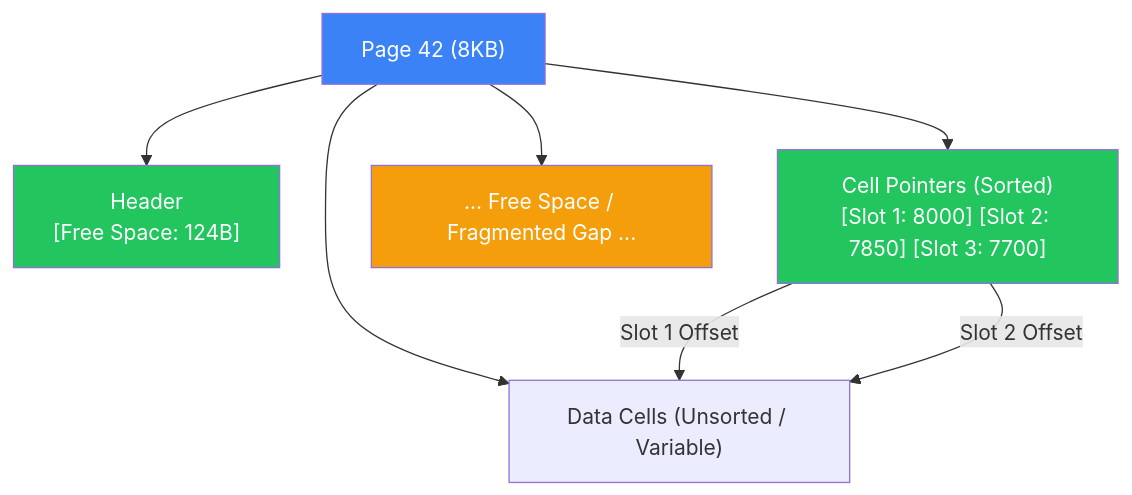
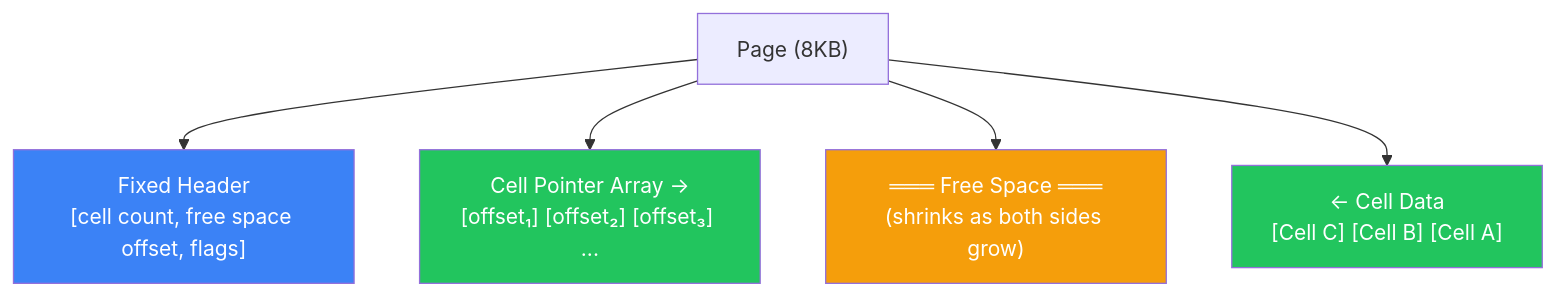
Before and after one commit to Patel-Neel-346/Notes: the third of 7 diagrams in Database/Database Internal Book version/1-Storage Engine/Chapter-3 File Formats/FileFormat.md, drawn with Mermaid. The commit also changed other lines of this file and 2 other files, not shown here.

````diff
--- a/Database/Database Internal Book version/1-Storage Engine/Chapter-3 File Formats/FileFormat.md
+++ b/Database/Database Internal Book version/1-Storage Engine/Chapter-3 File Formats/FileFormat.md
@@ -44,15 +169,12 @@
 ```mermaid
 flowchart TD
-    P["Page 42 (8KB)"] --> H["Header\n[Free Space: 124B]"]
-    P --> Ptrs["Cell Pointers (Sorted)\n[Slot 1: 8000] [Slot 2: 7850] [Slot 3: 7700]"]
-    P --> Gap["... Free Space / Fragmented Gap ..."]
-    P --> Data["Data Cells (Unsorted / Variable)"]
+    Page["Page (8KB)"] --> Header["Fixed Header\n[cell count, free space offset, flags]"]
+    Page --> Pointers["Cell Pointer Array →\n[offset₁] [offset₂] [offset₃] ..."]
+    Page --> Free["═══ Free Space ═══\n(shrinks as both sides grow)"]
+    Page --> Cells["← Cell Data\n[Cell C] [Cell B] [Cell A]"]
     
-    Ptrs -->|"Slot 1 Offset"| Data
-    Ptrs -->|"Slot 2 Offset"| Data
-    
-    style P fill:#3b82f6,color:#fff
-    style H fill:#22c55e,color:#fff
-    style Ptrs fill:#22c55e,color:#fff
-    style Gap fill:#f59e0b,color:#fff
+    style Header fill:#3b82f6,color:#fff
+    style Pointers fill:#22c55e,color:#fff
+    style Free fill:#f59e0b,color:#fff
+    style Cells fill:#22c55e,color:#fff
 ```
````
